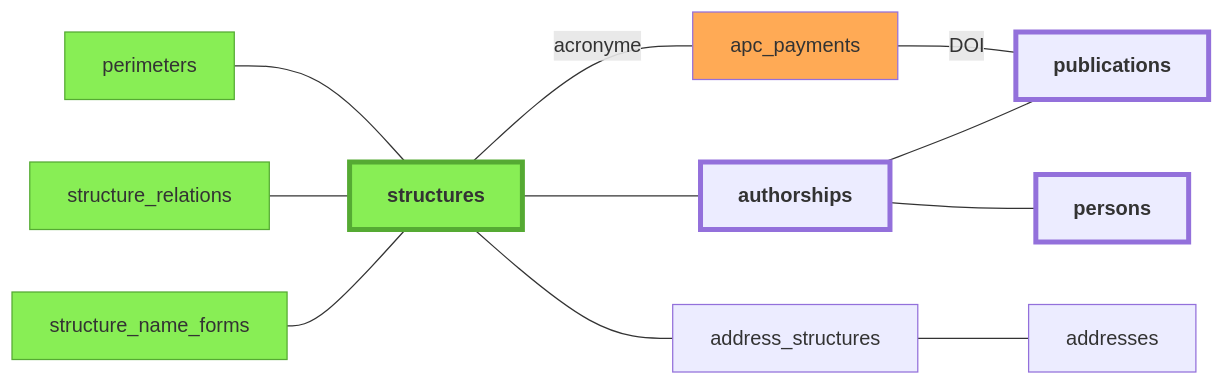
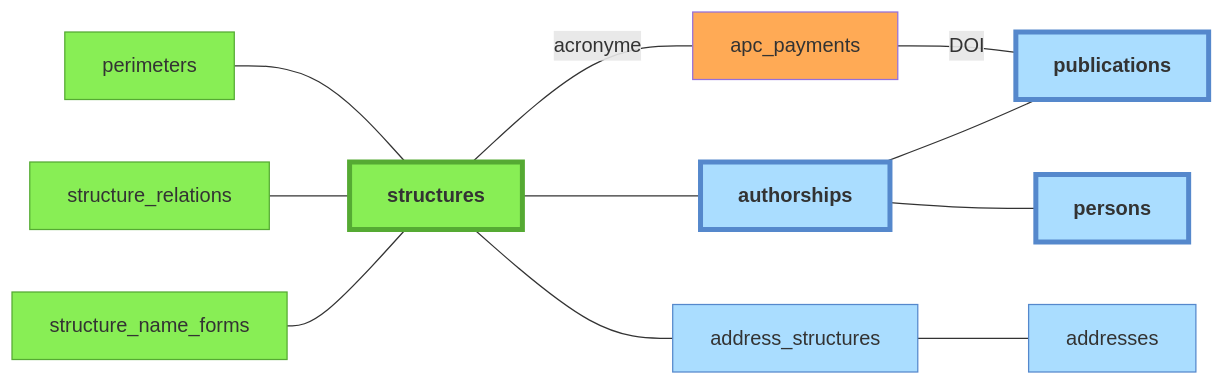
The third of 5 diagrams in docs/architecture.md (Y33sha/bibliometrie-uca), drawn with Mermaid before and after one commit. The commit also changed other lines of this file and 2 other files, not shown here.

Commit message:
Mises à jour de la documentation (architecture, pipeline, glossaire)

````diff
--- a/docs/architecture.md
+++ b/docs/architecture.md
@@ -171,20 +171,22 @@
 ```mermaid
 flowchart LR
     structure_name_forms --- structures
     structure_relations --- structures
     perimeters---structures
     structures --- authorships
     authorships --- publications
     authorships --- persons
     structures ---|acronyme| apc_payments
     apc_payments ---|DOI| publications
     structures --- address_structures
     address_structures --- addresses
     
     classDef manuel  fill:#8e5,stroke:#5a3
     class structures,structure_name_forms,perimeters,structure_relations manuel;
     classDef csv fill:#fa5
     class apc_payments csv
+    classDef auto fill:#adf,stroke:#58c
+    class address_structures,addresses,authorships,persons,publications auto
     classDef main stroke-width:4px,font-weight:bold
     class structures,publications,persons,authorships main
 ```
````
